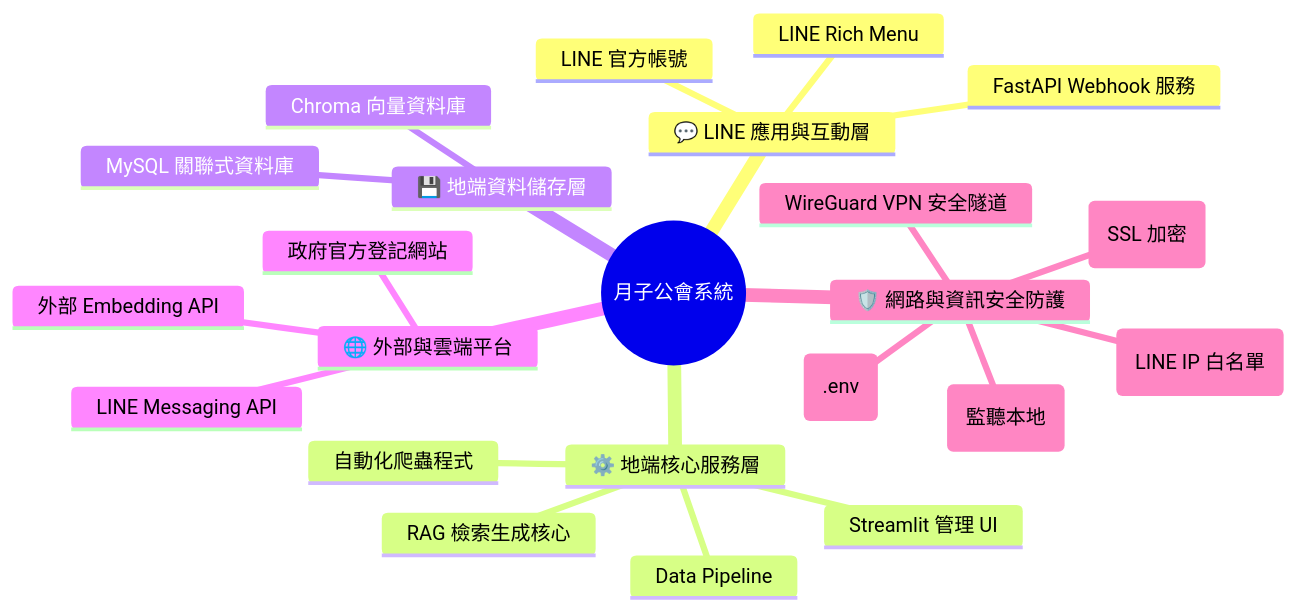
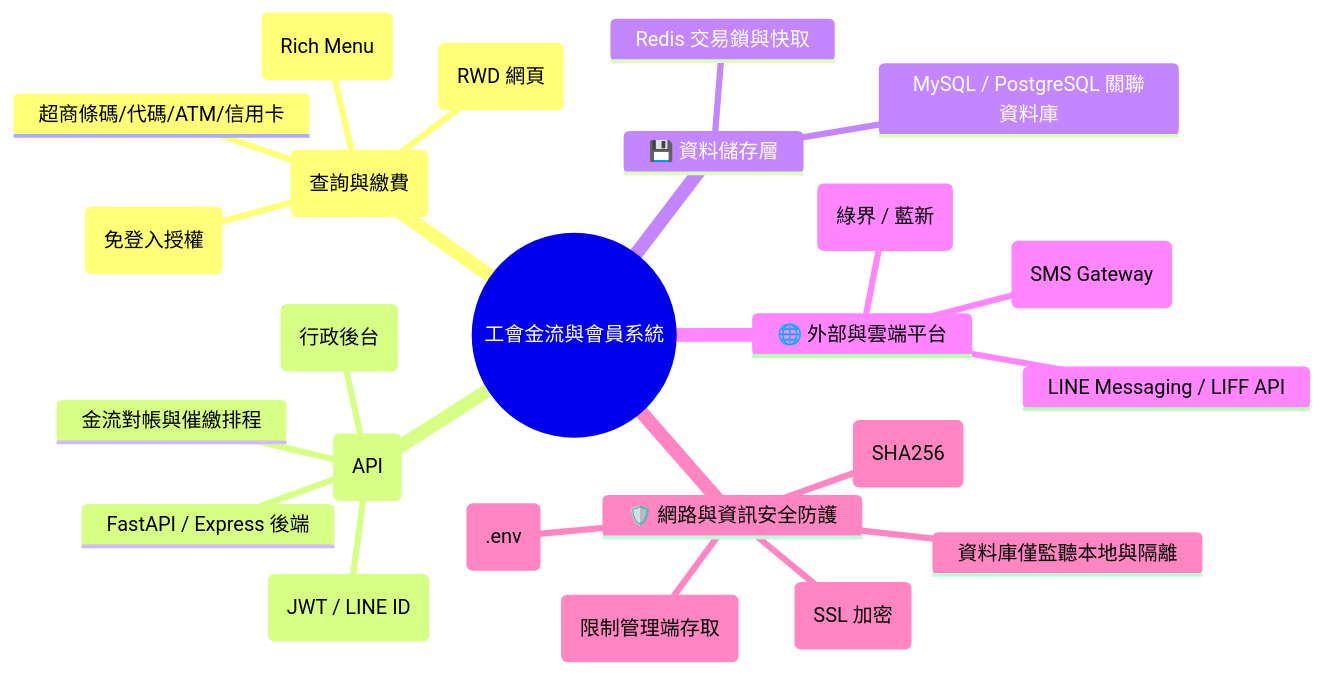
One commit to chrishzc/Labor_union changed the diagram in 系統設計規格書.md. Above: the diagram before and after it, drawn with Mermaid. The commit also changed other lines of this file, not shown here.

````diff
--- a/系統設計規格書.md
+++ b/系統設計規格書.md
@@ -9,26 +9,27 @@
 ```mermaid
 mindmap
-  root((月子公會系統))
-    💬 LINE 應用與互動層
-      LINE 官方帳號
-      LINE Rich Menu
-      FastAPI Webhook 服務
-    ⚙️ 地端核心服務層
-      RAG 檢索生成核心
-      Data Pipeline
-      自動化爬蟲程式
-      Streamlit 管理 UI
-    💾 地端資料儲存層
-      MySQL 關聯式資料庫
-      Chroma 向量資料庫
+  root((工會金流與會員系統))
+    💬 多平台會員端 (查詢與繳費)
+      LINE 官方帳號 (Rich Menu)
+      LINE LIFF (免登入授權)
+      行動瀏覽器 RWA (RWD 網頁)
+      超商條碼/代碼/ATM/信用卡
+    ⚙️ 核心服務層 (API)
+      FastAPI / Express 後端
+      會員身份驗證 (JWT / LINE ID)
+      金流對帳與催繳排程
+      Streamlit 管理 UI (行政後台)
+    💾 資料儲存層
+      MySQL / PostgreSQL 關聯資料庫
+      Redis 交易鎖與快取
     🌐 外部與雲端平台
-      LINE Messaging API
-      外部 Embedding API
-      政府官方登記網站
+      LINE Messaging / LIFF API
+      第三方金流 Gateway (綠界 / 藍新)
+      簡訊發送網關 (SMS Gateway)
     🛡️ 網路與資訊安全防護
-      地端防火牆 (LINE IP 白名單)
       Nginx 反向代理 (SSL 加密)
-      WireGuard VPN 安全隧道
-      資料庫安全隔離 (監聽本地)
-      環境變數金鑰隔離 (.env)
+      WireGuard VPN (限制管理端存取)
+      金流 Webhook 簽章驗證 (SHA256)
+      資料庫僅監聽本地與隔離
+      環境變數隔離 (.env)
 ```
````
